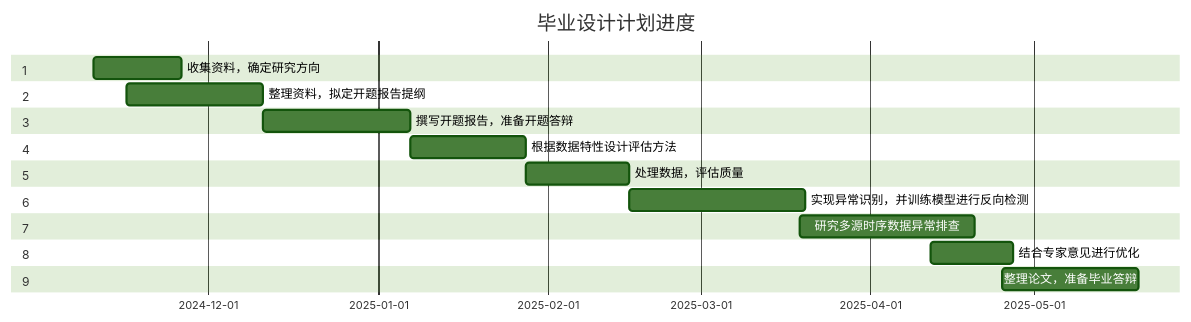
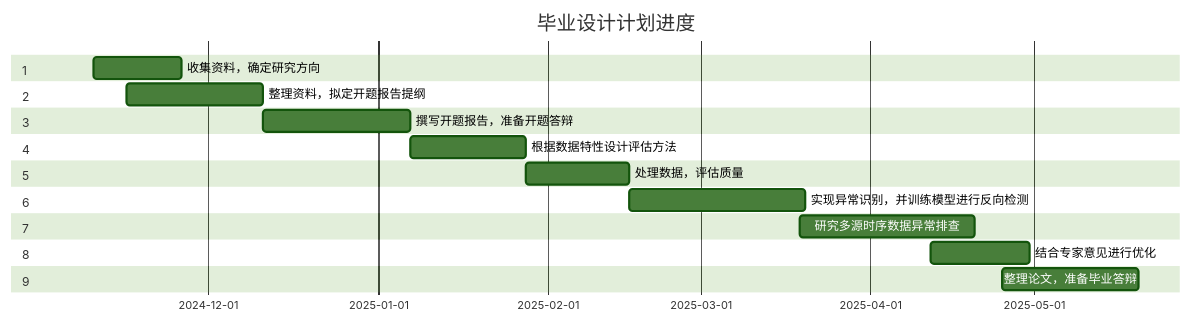
Before and after one commit to Kelseyyz/iodraw-files: the diagram in all/未命名.md, drawn with Mermaid (forest theme).

Commit message:
2024-12-30 15:01:33 update

````diff
--- a/all/未命名.md
+++ b/all/未命名.md
@@ -1,26 +1,26 @@
 ```mermaid
 gantt
     title 毕业设计计划进度
     dateFormat  YYYY年MM月DD日
     
 
     section 1
     收集资料，确定研究方向           : 2024年11月10日  , 16d
     section 2
     整理资料，拟定开题报告提纲       : 2024年11月16日  , 25d
     section 3
     撰写开题报告，准备开题答辩       : 2024年12月11日  , 27d
     section 4
     根据数据特性设计评估方法         : 2025年01月07日  , 21d
     section 5
     处理数据，评估质量               : 2025年01月28日  , 19d
     section 6
     实现异常识别，并训练模型进行反向检测    : 2025年02月16日  , 32d
     section 7
     研究多源时序数据异常排查         : 2025年03月19日  , 32d
     section 8
-    结合专家意见进行优化             : 2025年04月12日  , 15d
+    结合专家意见进行优化             : 2025年04月12日  , 18d
     section 9
     整理论文，准备毕业答辩           : 2025年04月25日  , 25d
 
 ```
````
